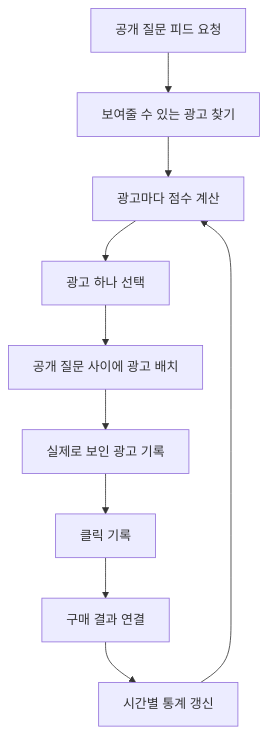
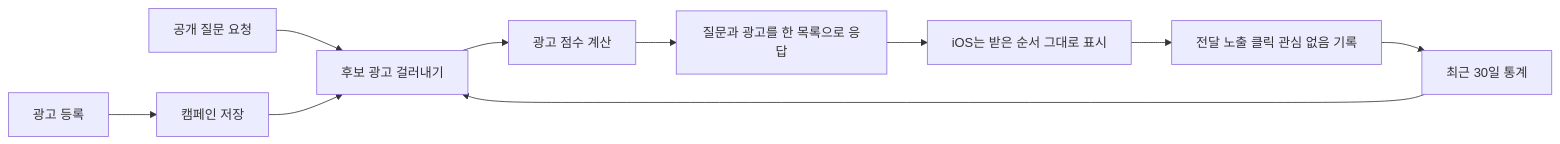
One commit to ghkdqhrbals/portfolios changed the diagram in docs/Java/55.md. Above: the diagram before and after it, drawn with Mermaid. The commit also changed other lines of this file, not shown here.

````diff
--- a/docs/Java/55.md
+++ b/docs/Java/55.md
@@ -49,12 +29,12 @@
-```mermaid
-flowchart TD
-    A[공개 질문 피드 요청] --> B[보여줄 수 있는 광고 찾기]
-    B --> C[광고마다 점수 계산]
-    C --> D[광고 하나 선택]
-    D --> E[공개 질문 사이에 광고 배치]
-    E --> F[실제로 보인 광고 기록]
-    F --> G[클릭 기록]
-    G --> H[구매 결과 연결]
-    H --> I[시간별 통계 갱신]
-    I --> C
-```
+~~~mermaid
+flowchart LR
+    A[광고 등록] --> B[캠페인 저장]
+    C[공개 질문 요청] --> D[후보 광고 걸러내기]
+    B --> D
+    E[전달 노출 클릭 관심 없음 기록] --> F[최근 30일 통계]
+    F --> D
+    D --> G[광고 점수 계산]
+    G --> H[질문과 광고를 한 목록으로 응답]
+    H --> I[iOS는 받은 순서 그대로 표시]
+    I --> E
+~~~
````
